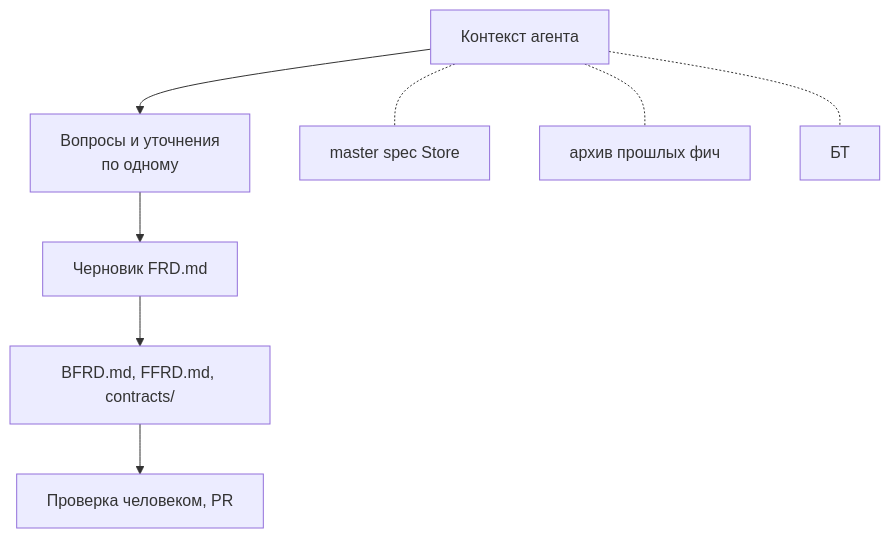
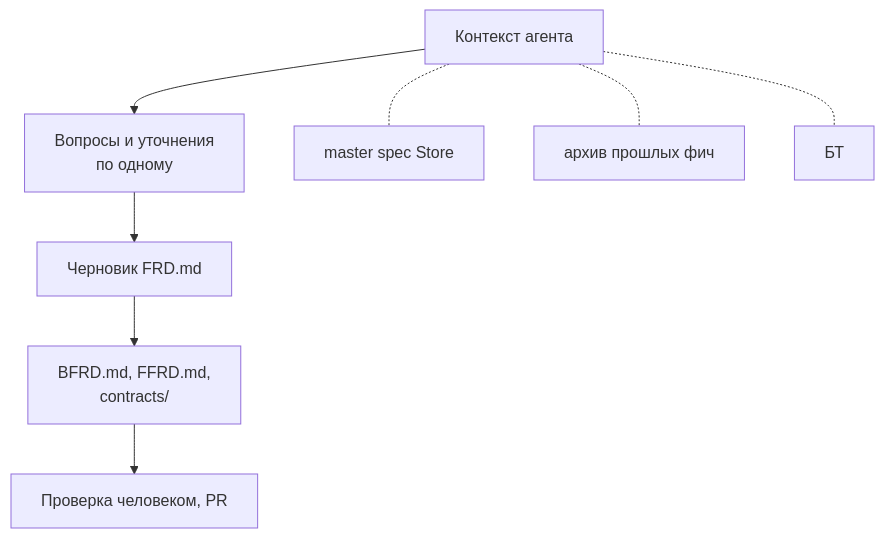
One commit to DanielUsov/SDD-Cookbook changed the diagram in OpenSpec/roles/Аналитик/Работа аналитика со Store.md. Above: the diagram before and after it, drawn with Mermaid. The commit also changed 21 other files, not shown here.

````diff
--- a/OpenSpec/roles/Аналитик/Работа аналитика со Store.md
+++ b/OpenSpec/roles/Аналитик/Работа аналитика со Store.md
@@ -17,10 +17,10 @@
 ```mermaid
 flowchart TB
     CTX["Контекст агента"] --> Q["Вопросы и уточнения<br/>по одному"]
     Q --> D["Черновик FRD.md"]
-    D --> P["BFRD.md, FFRD.md, contracts/"]
+    D --> P["BFRD.md, FFRD.md,<br/>contracts/"]
     P --> R["Проверка человеком, PR"]
     CTX -.- C1["master spec Store"]
     CTX -.- C2["архив прошлых фич"]
     CTX -.- C3["БТ"]
 ```
````
